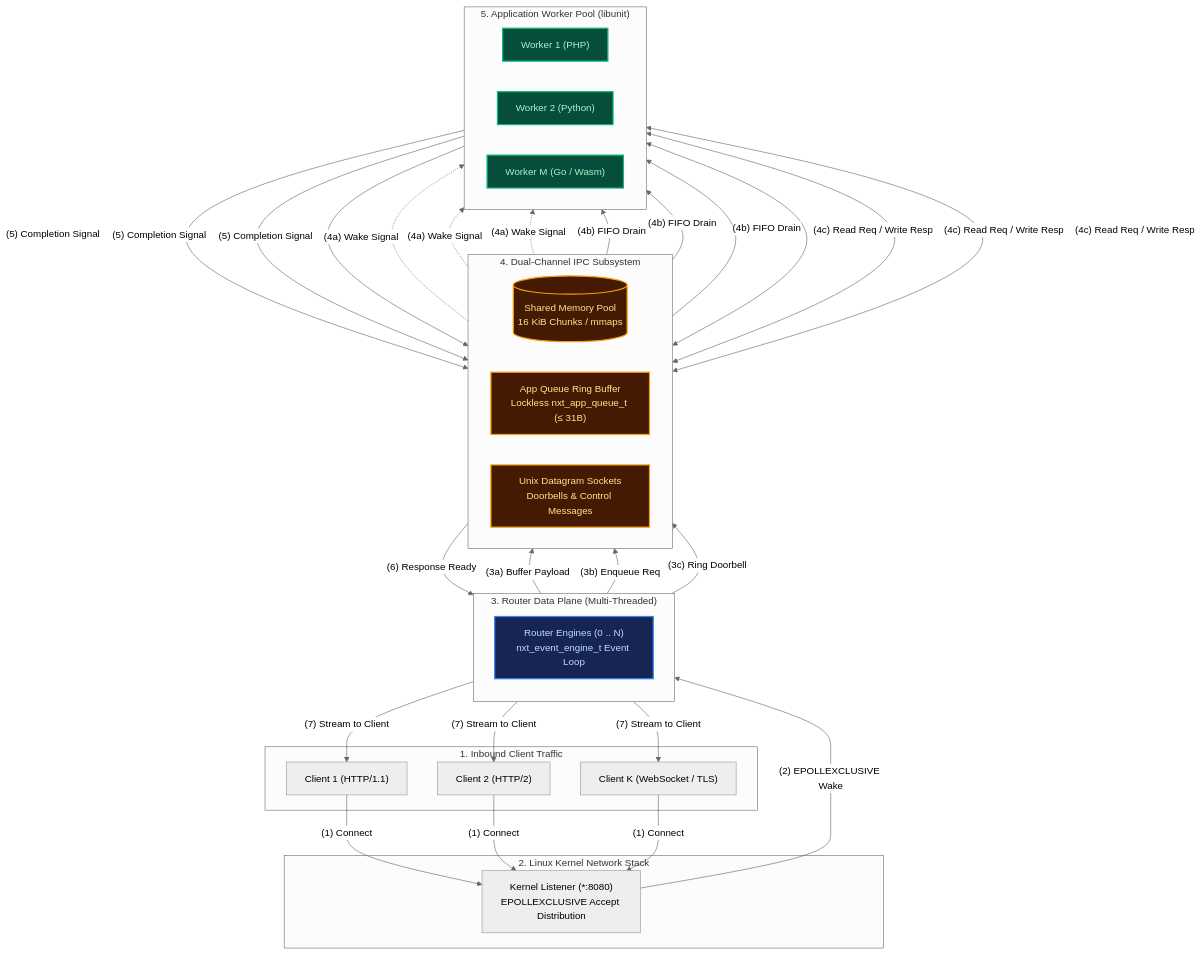
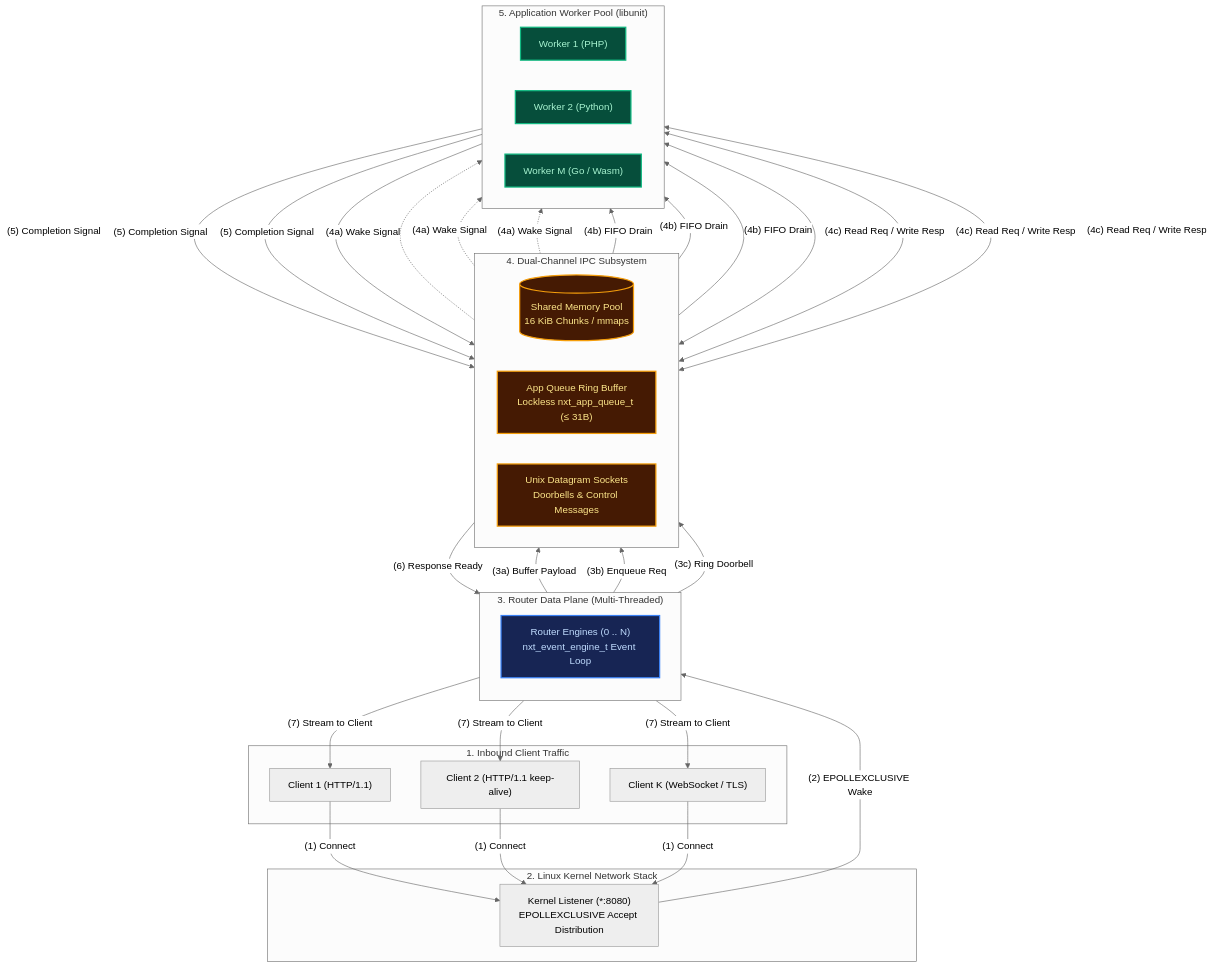
One commit to andypost/freeunit-model changed the first of 3 diagrams in docs/index.md. Above: the diagram before and after it, drawn with Mermaid (neutral theme). The commit also changed other lines of this file and 36 other files, not shown here.

````diff
--- a/docs/index.md
+++ b/docs/index.md
@@ -11,50 +11,50 @@
 ```mermaid
 flowchart TD
     subgraph Clients["1. Inbound Client Traffic"]
         C1["Client 1 (HTTP/1.1)"]
-        C2["Client 2 (HTTP/2)"]
+        C2["Client 2 (HTTP/1.1 keep-alive)"]
         C3["Client K (WebSocket / TLS)"]
     end
 
     subgraph Kernel["2. Linux Kernel Network Stack"]
         Listener["Kernel Listener (*:8080)<br/>EPOLLEXCLUSIVE Accept Distribution"]
     end
 
     subgraph Router["3. Router Data Plane (Multi-Threaded)"]
         direction TB
         RE["Router Engines (0 .. N)<br/>nxt_event_engine_t Event Loop"]
     end
 
     subgraph IPC["4. Dual-Channel IPC Subsystem"]
         direction LR
         SHM[("Shared Memory Pool<br/>16 KiB Chunks / mmaps")]
         Queue["App Queue Ring Buffer<br/>Lockless nxt_app_queue_t (&le; 31B)"]
         Socket["Unix Datagram Sockets<br/>Doorbells &amp; Control Messages"]
     end
 
     subgraph Workers["5. Application Worker Pool (libunit)"]
         direction LR
         W1["Worker 1 (PHP)"]
         W2["Worker 2 (Python)"]
         WM["Worker M (Go / Wasm)"]
     end
 
     C1 & C2 & C3 -->|"(1) Connect"| Listener
     Listener -->|"(2) EPOLLEXCLUSIVE Wake"| RE
     RE -->|"(3a) Buffer Payload"| SHM
     RE -->|"(3b) Enqueue Req"| Queue
     RE -->|"(3c) Ring Doorbell"| Socket
     Socket -.->|"(4a) Wake Signal"| W1 & W2 & WM
     Queue -->|"(4b) FIFO Drain"| W1 & W2 & WM
     SHM <-->|"(4c) Read Req / Write Resp"| W1 & W2 & WM
     W1 & W2 & WM -->|"(5) Completion Signal"| Socket
     Socket -->|"(6) Response Ready"| RE
     RE -->|"(7) Stream to Client"| C1 & C2 & C3
 
     classDef blue fill:#172554,stroke:#3b82f6,stroke-width:2px,color:#bfdbfe;
     classDef yellow fill:#451a03,stroke:#f59e0b,stroke-width:2px,color:#fde68a;
     classDef green fill:#064e3b,stroke:#10b981,stroke-width:2px,color:#a7f3d0;
     class RE blue;
     class Queue,Socket,SHM yellow;
     class W1,W2,WM green;
 ```
````
